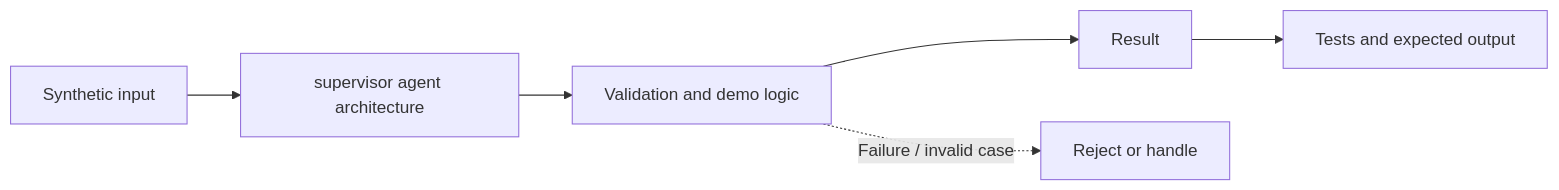
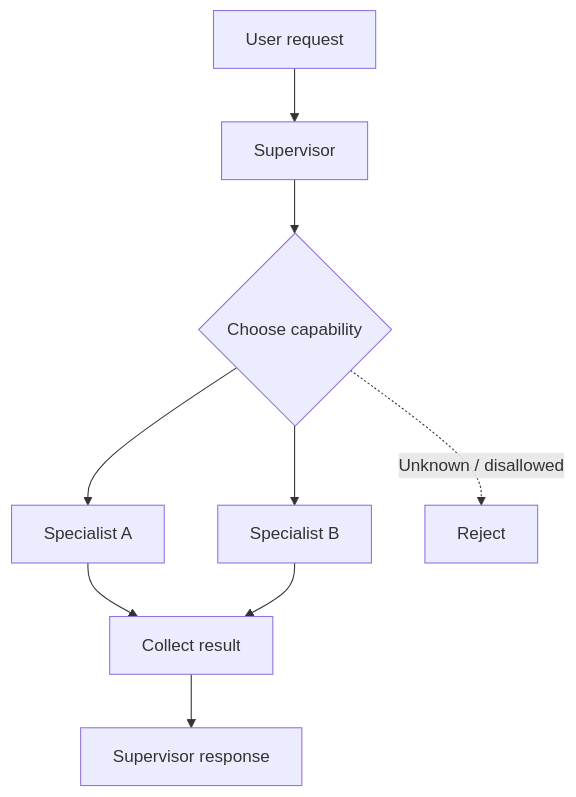
Before and after one commit to akkhil2012/AgenticSamplesPrincipalEngineer: the diagram in docs/architecture.md, drawn with Mermaid. The commit also changed other lines of this file, not shown here.

Commit message:
docs: add concept-specific architecture flow

````diff
--- a/docs/architecture.md
+++ b/docs/architecture.md
@@ -3,8 +5,11 @@
 ```mermaid
-flowchart LR
- A["Synthetic input"] --> B["supervisor agent architecture"]
- B --> C["Validation and demo logic"]
- C --> D["Result"]
- C -. "Failure / invalid case" .-> E["Reject or handle"]
- D --> F["Tests and expected output"]
+flowchart TD
+ U["User request"] --> S["Supervisor"]
+ S --> R{"Choose capability"}
+ R --> A["Specialist A"]
+ R --> B["Specialist B"]
+ A --> C["Collect result"]
+ B --> C
+ C --> O["Supervisor response"]
+ R -. "Unknown / disallowed" .-> E["Reject"]
 ```
````
